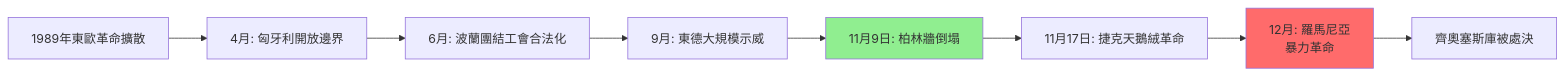
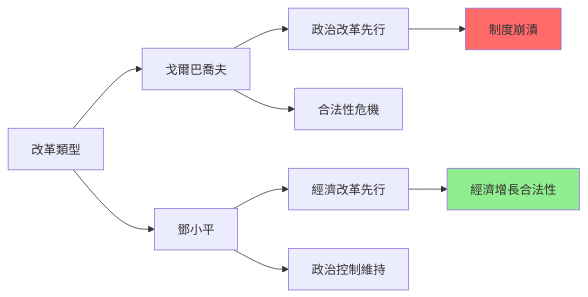
The fourth of 10 diagrams in 01_HKU_Courses/HIST2152_Late_socialism.md (yip-lgtm/HKU-Harvard-History-Self-Study), drawn with Mermaid before and after one commit. The commit also changed other lines of this file and 7 other files, not shown here.

````diff
--- a/01_HKU_Courses/HIST2152_Late_socialism.md
+++ b/01_HKU_Courses/HIST2152_Late_socialism.md
@@ -152,12 +221,13 @@
 ```mermaid
 graph LR
-    A["1989年東歐革命擴散"] --> B["4月: 匈牙利開放邊界"]
-    B --> C["6月: 波蘭團結工會合法化"]
-    C --> D["9月: 東德大規模示威"]
-    D --> E["11月9日: 柏林牆倒塌"]
-    E --> F["11月17日: 捷克天鵝絨革命"]
-    F --> G["12月: 羅馬尼亞<br/>暴力革命"]
-    G --> H["齊奧塞斯庫被處決"]
-    style G fill:#FF6B6B
-    style E fill:#90EE90
+    A["改革類型"] --> B["戈爾巴喬夫"]
+    A --> C["鄧小平"]
+    B --> D["政治改革先行"]
+    B --> E["合法性危機"]
+    C --> F["經濟改革先行"]
+    C --> G["政治控制維持"]
+    D --> H["制度崩潰"]
+    F --> I["經濟增長合法性"]
+    style H fill:#FF6B6B
+    style I fill:#90EE90
 ```
````
